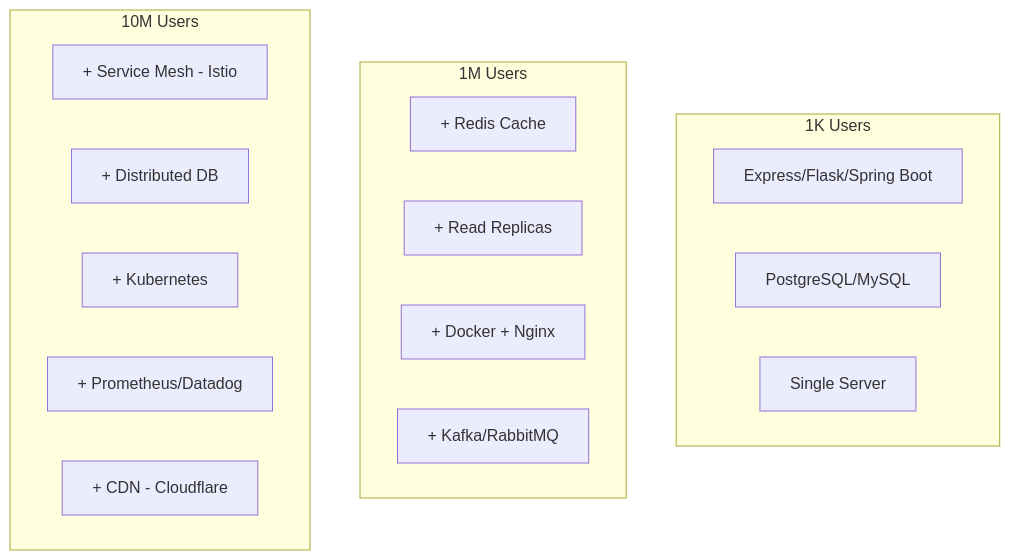
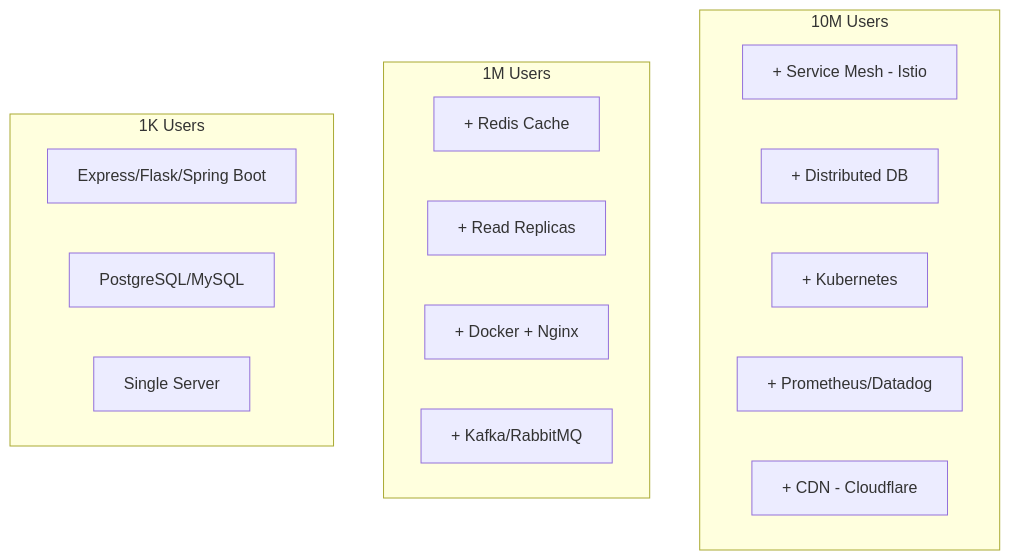
The eighth of 8 diagrams in architecture-general/05-cloud-infrastructure-platform-architecture/scaling/system-design-at-scale.md (gurkanindibay/azure_learning), drawn with Mermaid before and after one commit.

Commit message:
docs(system-design-architecture): reorder database evolution and technology stack mermaid diagrams to ascending scale

````diff
--- a/architecture-general/05-cloud-infrastructure-platform-architecture/scaling/system-design-at-scale.md
+++ b/architecture-general/05-cloud-infrastructure-platform-architecture/scaling/system-design-at-scale.md
@@ -357,23 +357,23 @@
 ```mermaid
 graph TB
-    subgraph "1K Users"
-        F1[Express/Flask/Spring Boot]
-        D1[PostgreSQL/MySQL]
-        H1[Single Server]
-    end
-    
-    subgraph "1M Users"
-        F2[+ Redis Cache]
-        D2[+ Read Replicas]
-        H2[+ Docker + Nginx]
-        Q2[+ Kafka/RabbitMQ]
-    end
-    
     subgraph "10M Users"
         F3[+ Service Mesh - Istio]
         D3[+ Distributed DB]
         H3[+ Kubernetes]
         O3[+ Prometheus/Datadog]
         C3[+ CDN - Cloudflare]
     end
+
+    subgraph "1M Users"
+        F2[+ Redis Cache]
+        D2[+ Read Replicas]
+        H2[+ Docker + Nginx]
+        Q2[+ Kafka/RabbitMQ]
+    end
+
+    subgraph "1K Users"
+        F1[Express/Flask/Spring Boot]
+        D1[PostgreSQL/MySQL]
+        H1[Single Server]
+    end
 ```
````
